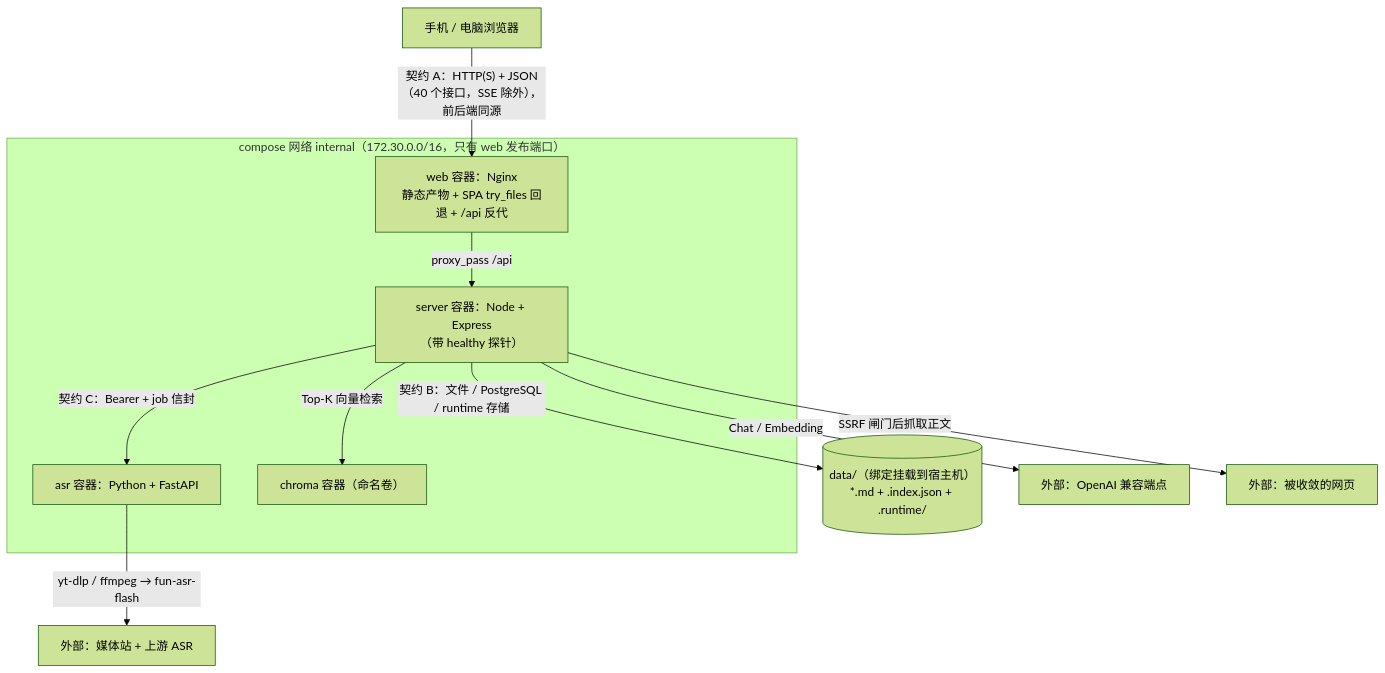
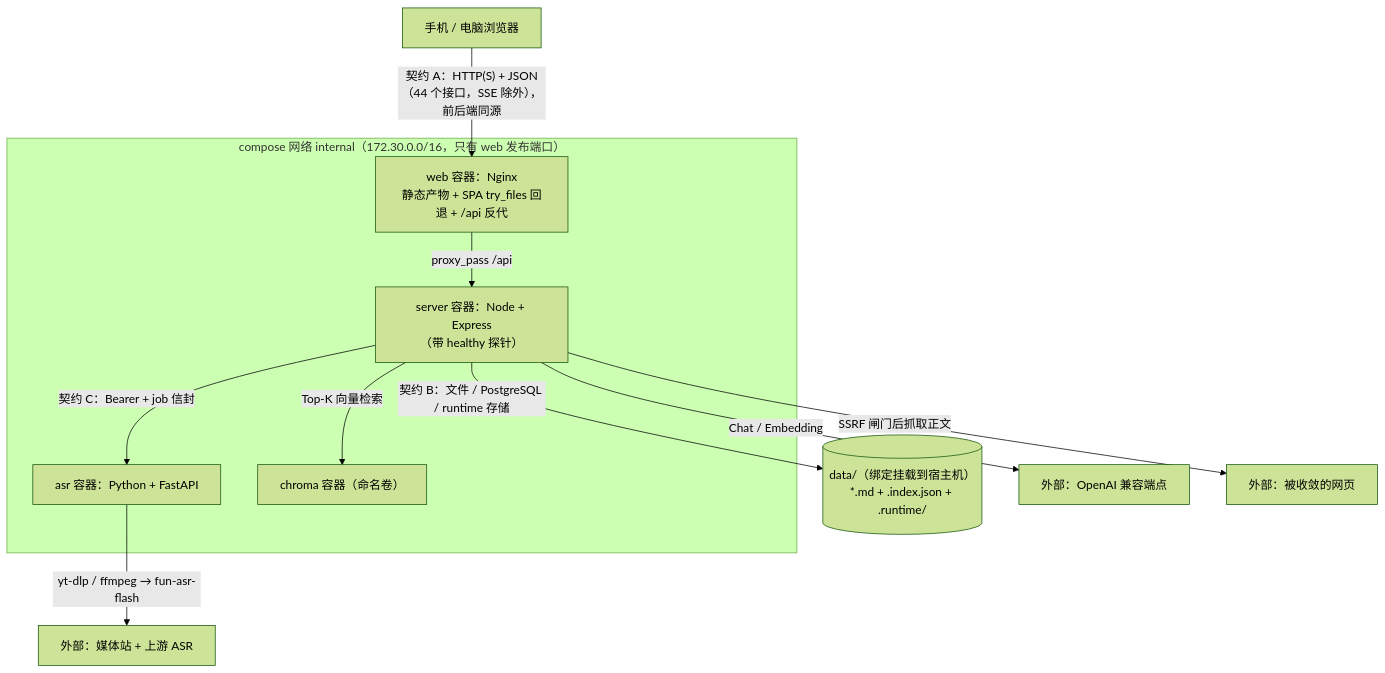
Before and after one commit to XingHo-VibeCoding/vbcd: the eighth of 9 diagrams in TECH_DESIGN.md, drawn with Mermaid (forest theme). The commit also changed other lines of this file and 17 other files, not shown here.

````diff
--- a/TECH_DESIGN.md
+++ b/TECH_DESIGN.md
@@ -213,18 +213,18 @@
 ```mermaid
 flowchart TB
-    U["手机 / 电脑浏览器"] -->|"契约 A：HTTP(S) + JSON（40 个接口，SSE 除外），前后端同源"| W["web 容器：Nginx<br/>静态产物 + SPA try_files 回退 + /api 反代"]
+    U["手机 / 电脑浏览器"] -->|"契约 A：HTTP(S) + JSON（44 个接口，SSE 除外），前后端同源"| W["web 容器：Nginx<br/>静态产物 + SPA try_files 回退 + /api 反代"]
     W -->|"proxy_pass /api"| S["server 容器：Node + Express<br/>（带 healthy 探针）"]
     S -->|"契约 B：文件 / PostgreSQL / runtime 存储"| D[("data/（绑定挂载到宿主机）<br/>*.md + .index.json + .runtime/")]
     S -->|"契约 C：Bearer + job 信封"| A["asr 容器：Python + FastAPI"]
     S -->|"Top-K 向量检索"| C["chroma 容器（命名卷）"]
     A -->|"yt-dlp / ffmpeg → fun-asr-flash"| X["外部：媒体站 + 上游 ASR"]
     S -->|"Chat / Embedding"| L["外部：OpenAI 兼容端点"]
     S -->|"SSRF 闸门后抓取正文"| N["外部：被收敛的网页"]
 
     subgraph NET["compose 网络 internal（172.30.0.0/16，只有 web 发布端口）"]
         W
         S
         A
         C
     end
 ```
````
